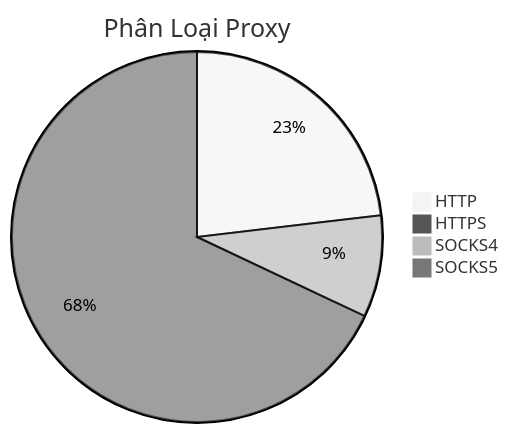
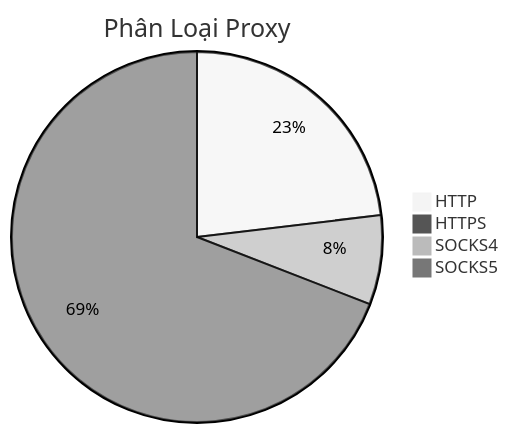
The diagram in README.md (Ciara-12/PROXY-free), drawn with Mermaid (neutral theme) before and after one commit. The commit also changed other lines of this file and 3 other files, not shown here.

````diff
--- a/README.md
+++ b/README.md
@@ -26,7 +26,7 @@
 ```mermaid
 pie title Phân Loại Proxy
-    "HTTP" : 724
+    "HTTP" : 958
     "HTTPS" : 0
-    "SOCKS4" : 278
-    "SOCKS5" : 2128
+    "SOCKS4" : 323
+    "SOCKS5" : 2865
 ```
````
